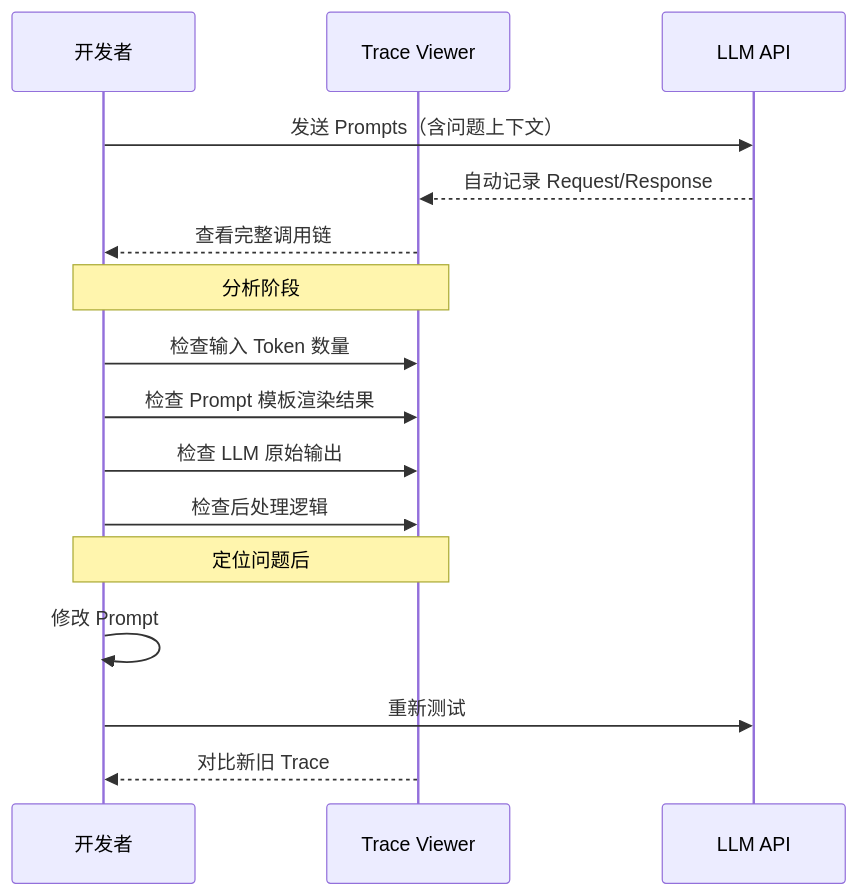
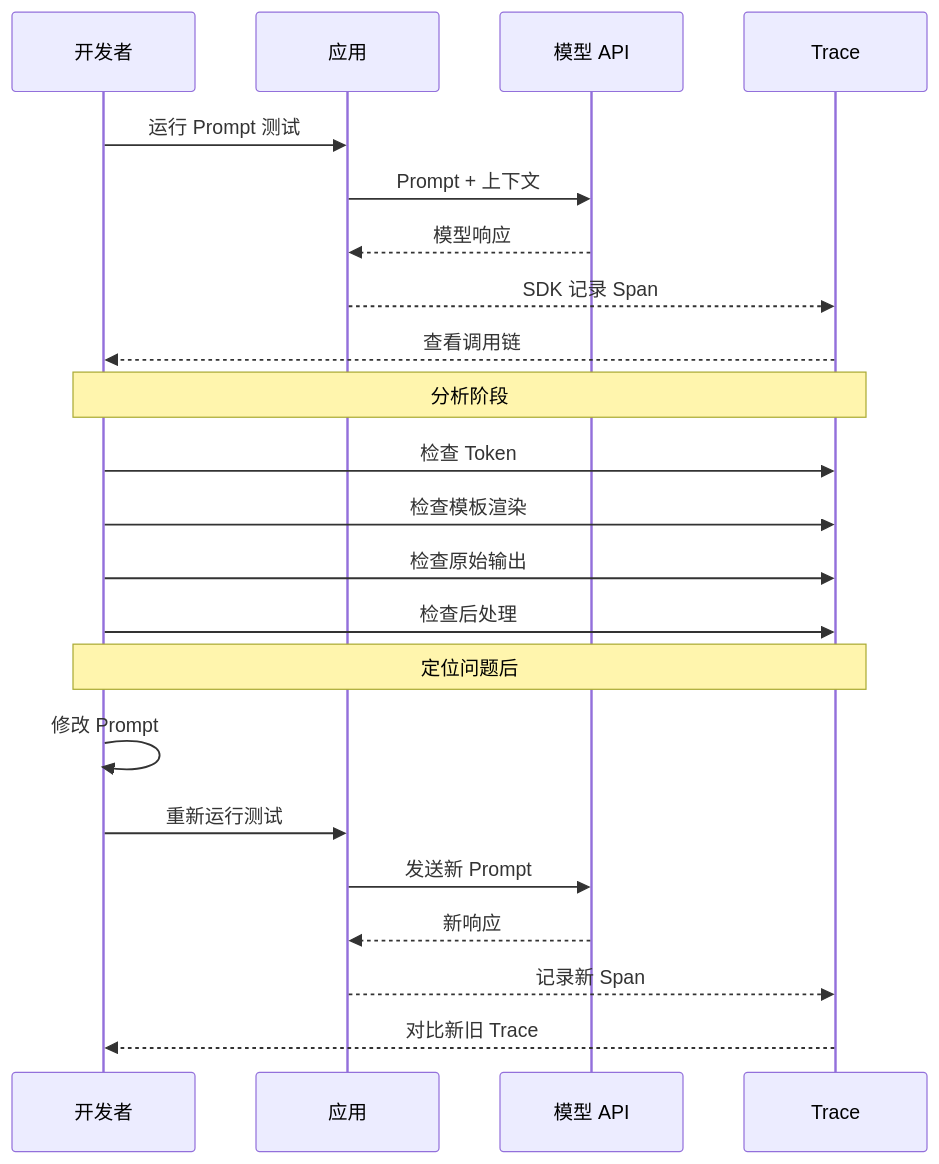
Before and after one commit to BeefWrap4/LLM-Knowledge-Base: the sixth of 11 diagrams in 20_LLMOps与模型可观测性.md, drawn with Mermaid. The commit also changed other lines of this file and 8 other files, not shown here.

Commit message:
Fix Mermaid semantics and Obsidian layouts

````diff
--- a/20_LLMOps与模型可观测性.md
+++ b/20_LLMOps与模型可观测性.md
@@ -563,23 +563,29 @@
 ```mermaid
 sequenceDiagram
     participant Dev as 开发者
-    participant Trace as Trace Viewer
-    participant LLM as LLM API
+    participant App as 应用
+    participant LLM as 模型 API
+    participant Trace as Trace
     
-    Dev->>LLM: 发送 Prompts（含问题上下文）
-    LLM-->>Trace: 自动记录 Request/Response
-    Trace-->>Dev: 查看完整调用链
+    Dev->>App: 运行 Prompt 测试
+    App->>LLM: Prompt + 上下文
+    LLM-->>App: 模型响应
+    App-->>Trace: SDK 记录 Span
+    Trace-->>Dev: 查看调用链
     
     Note over Dev,Trace: 分析阶段
     
-    Dev->>Trace: 检查输入 Token 数量
-    Dev->>Trace: 检查 Prompt 模板渲染结果
-    Dev->>Trace: 检查 LLM 原始输出
-    Dev->>Trace: 检查后处理逻辑
+    Dev->>Trace: 检查 Token
+    Dev->>Trace: 检查模板渲染
+    Dev->>Trace: 检查原始输出
+    Dev->>Trace: 检查后处理
     
     Note over Dev,Trace: 定位问题后
     
     Dev->>Dev: 修改 Prompt
-    Dev->>LLM: 重新测试
+    Dev->>App: 重新运行测试
+    App->>LLM: 发送新 Prompt
+    LLM-->>App: 新响应
+    App-->>Trace: 记录新 Span
     Trace-->>Dev: 对比新旧 Trace
 ```
````
